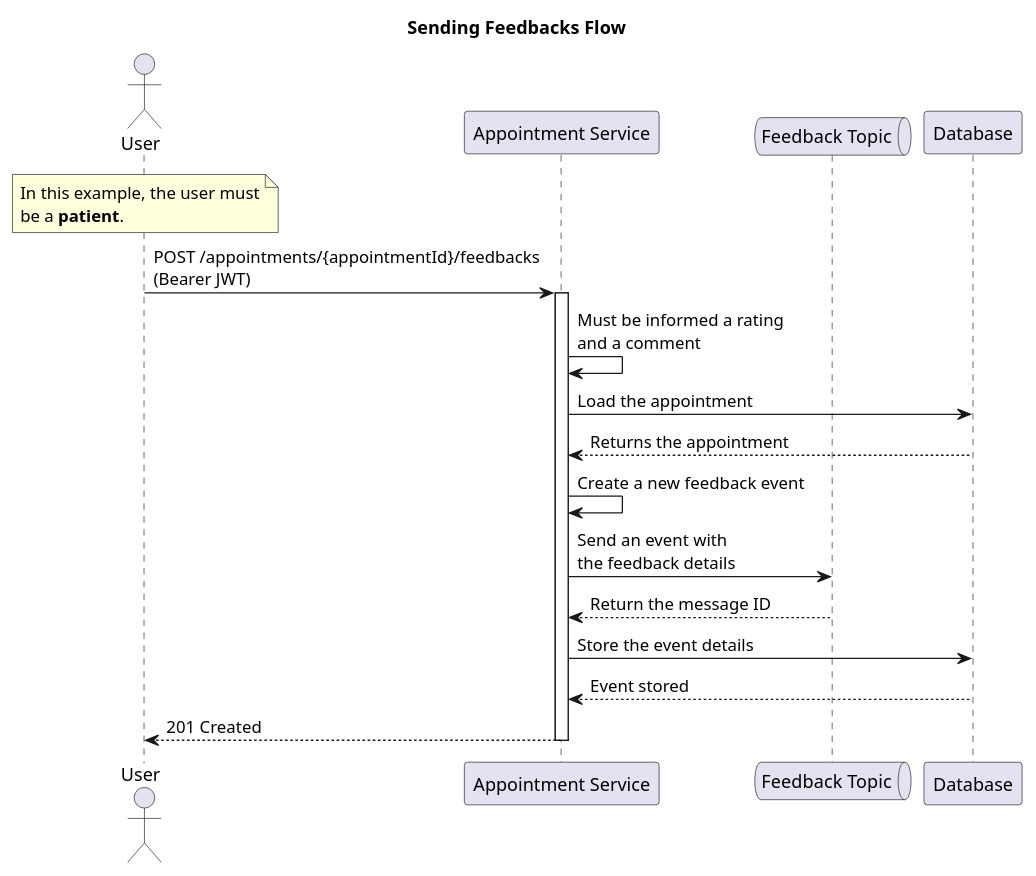
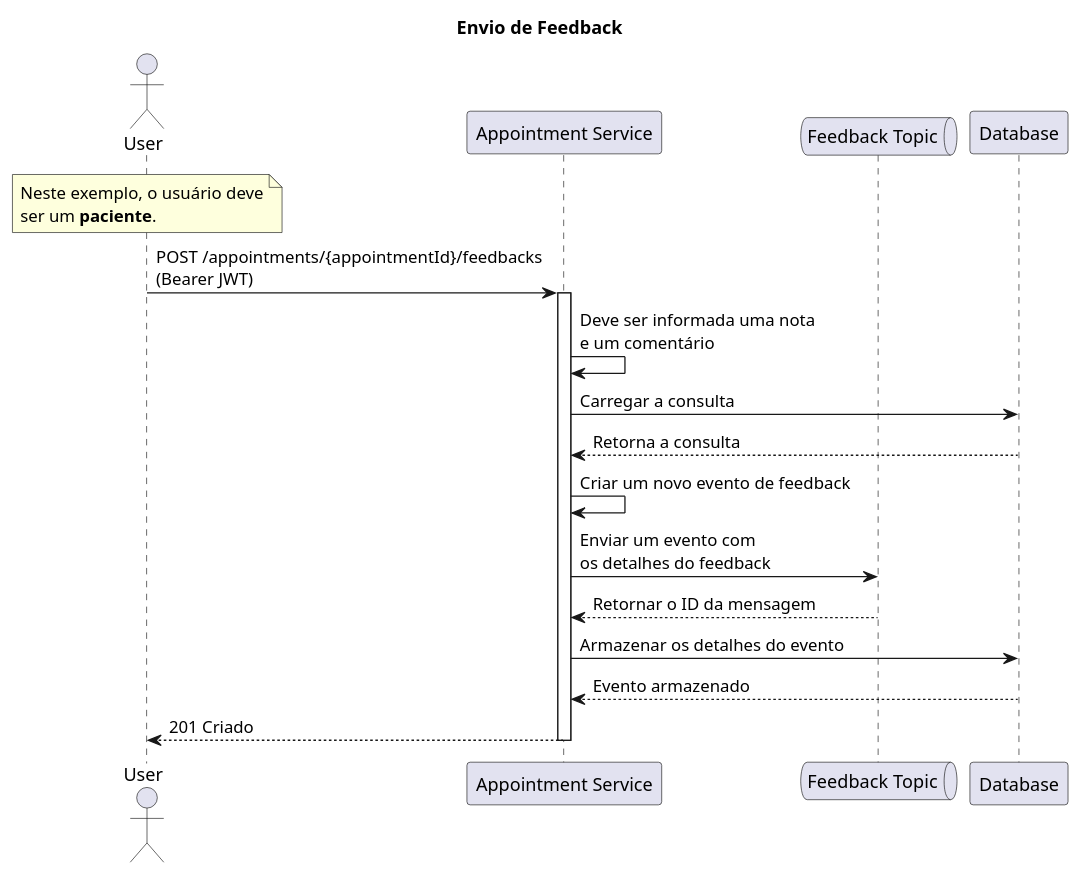
One commit to jfelipearaujo-healthmed/appointment-service changed the diagram in docs/feedback_appointment.puml. Above: the diagram before and after it, drawn with PlantUML. The commit also changed 20 other files, not shown here.

```diff
--- a/docs/feedback_appointment.puml
+++ b/docs/feedback_appointment.puml
@@ -1,30 +1,30 @@
 @startuml feedback_appointment
 
-title Sending Feedbacks Flow
+title Envio de Feedback
 
 actor "User" as user
 participant "Appointment Service" as appointment_service
 queue "Feedback Topic" as topic
 participant "Database" as database
 
 note over user
-In this example, the user must
-be a **patient**.
+Neste exemplo, o usuário deve
+ser um **paciente**.
 end note
 
 user -> appointment_service: POST /appointments/{appointmentId}/feedbacks\n(Bearer JWT)
 
 activate appointment_service
-appointment_service -> appointment_service: Must be informed a rating\nand a comment
-appointment_service -> database: Load the appointment
-database --> appointment_service: Returns the appointment
-appointment_service -> appointment_service: Create a new feedback event
-appointment_service -> topic: Send an event with\nthe feedback details
-topic --> appointment_service: Return the message ID
-appointment_service -> database: Store the event details
-database --> appointment_service: Event stored
-appointment_service --> user: 201 Created
+appointment_service -> appointment_service: Deve ser informada uma nota\ne um comentário
+appointment_service -> database: Carregar a consulta
+database --> appointment_service: Retorna a consulta
+appointment_service -> appointment_service: Criar um novo evento de feedback
+appointment_service -> topic: Enviar um evento com\nos detalhes do feedback
+topic --> appointment_service: Retornar o ID da mensagem
+appointment_service -> database: Armazenar os detalhes do evento
+database --> appointment_service: Evento armazenado
+appointment_service --> user: 201 Criado
 deactivate appointment_service
 
 
 @enduml
```
